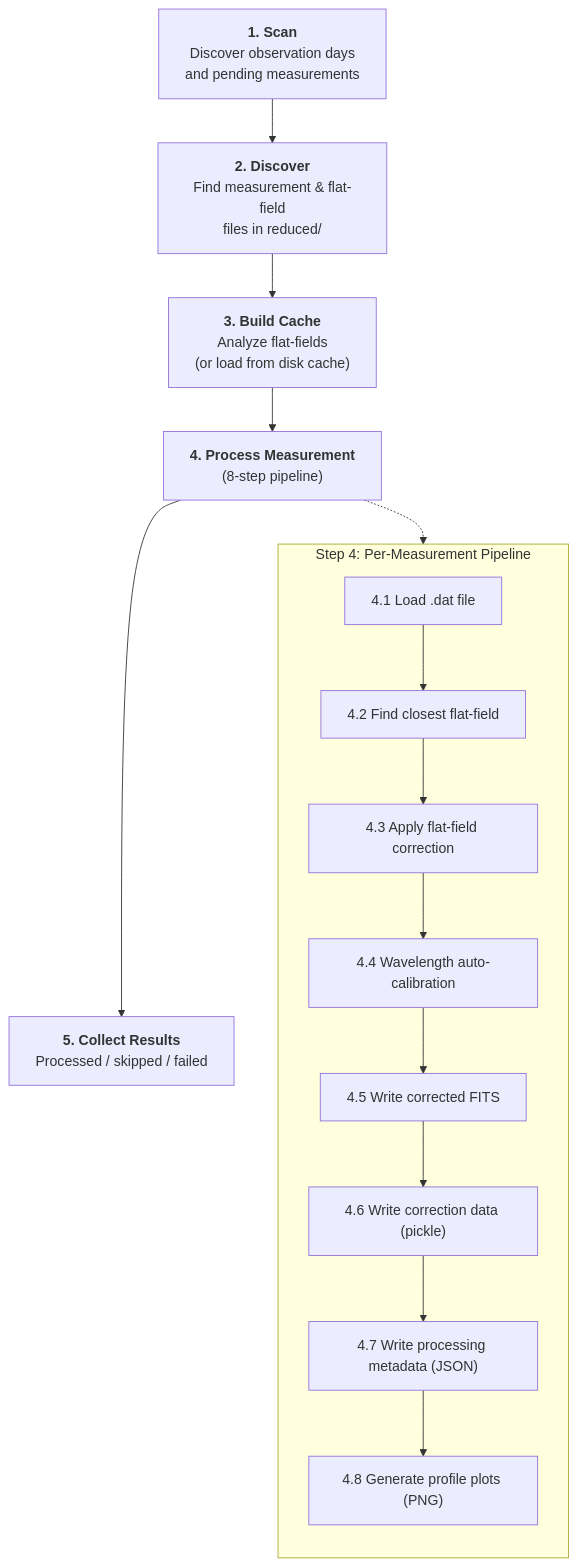
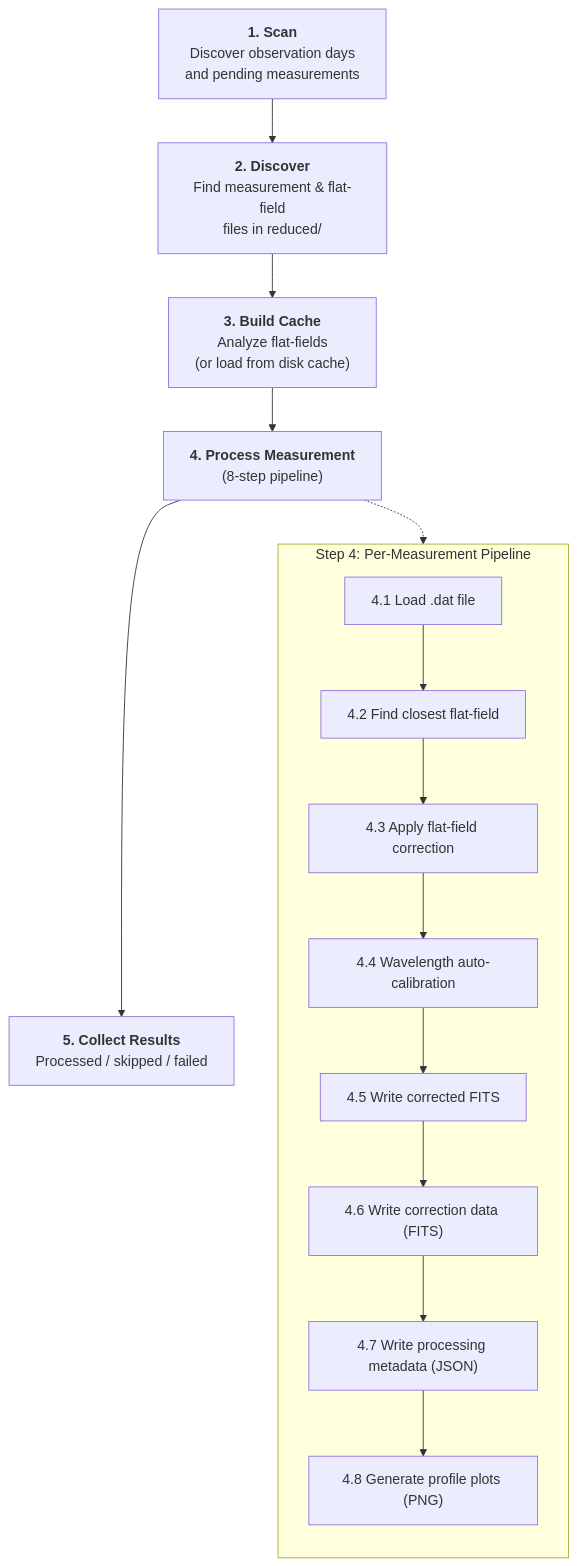
Before and after one commit to cdeldon/irsol-data-pipeline: the first of 4 diagrams in docs/pipeline/pipeline_overview.md, drawn with Mermaid. The commit also changed other lines of this file and 20 other files, not shown here.

First line of the commit message:
feat: replace pickle flat-field serialization with FITS-based io/fits_flatfield (#54)

````diff
--- a/docs/pipeline/pipeline_overview.md
+++ b/docs/pipeline/pipeline_overview.md
@@ -7,26 +7,26 @@
 ```mermaid
 flowchart TD
     SCAN["<b>1. Scan</b><br/>Discover observation days<br/>and pending measurements"]
     DISCOVER["<b>2. Discover</b><br/>Find measurement & flat-field<br/>files in reduced/"]
     CACHE["<b>3. Build Cache</b><br/>Analyze flat-fields<br/>(or load from disk cache)"]
     PROCESS["<b>4. Process Measurement</b><br/>(8-step pipeline)"]
     RESULT["<b>5. Collect Results</b><br/>Processed / skipped / failed"]
 
     SCAN --> DISCOVER --> CACHE --> PROCESS --> RESULT
 
     subgraph "Step 4: Per-Measurement Pipeline"
         direction TB
         P1["4.1 Load .dat file"]
         P2["4.2 Find closest flat-field"]
         P3["4.3 Apply flat-field correction"]
         P4["4.4 Wavelength auto-calibration"]
         P5["4.5 Write corrected FITS"]
-        P6["4.6 Write correction data (pickle)"]
+        P6["4.6 Write correction data (FITS)"]
         P7["4.7 Write processing metadata (JSON)"]
         P8["4.8 Generate profile plots (PNG)"]
 
         P1 --> P2 --> P3 --> P4 --> P5 --> P6 --> P7 --> P8
     end
 
     PROCESS -.-> P1
 ```
````
